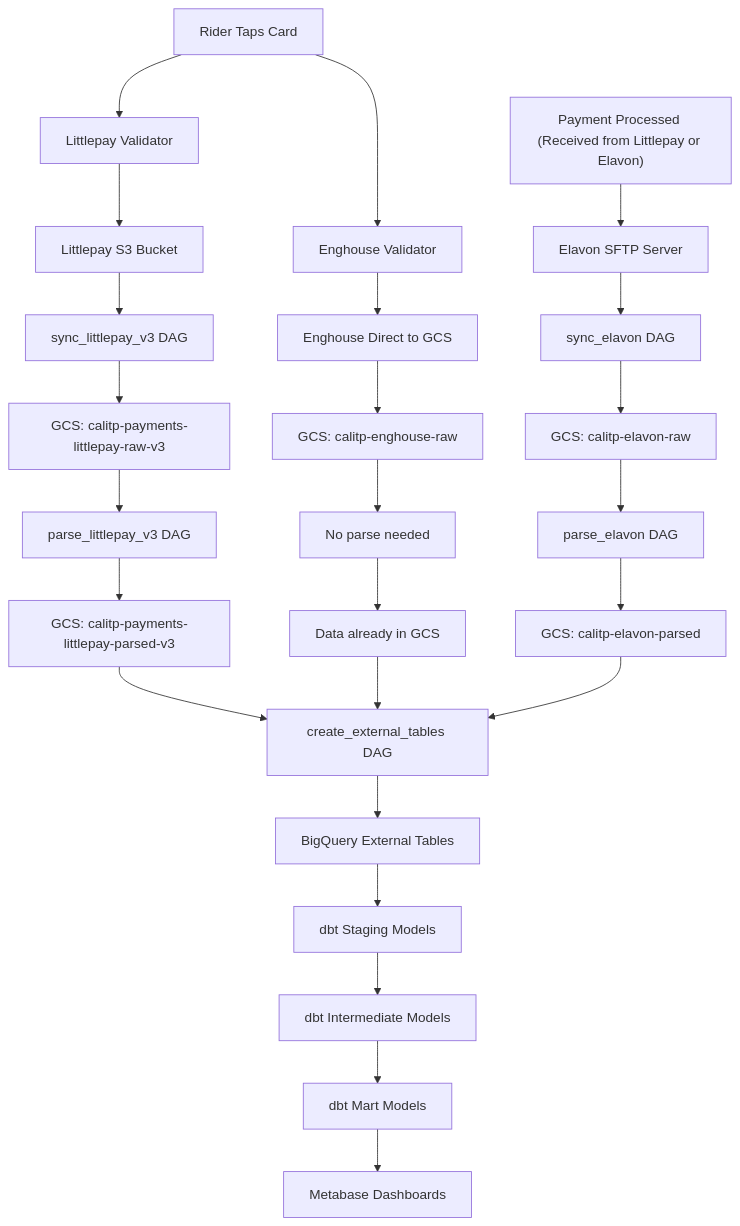
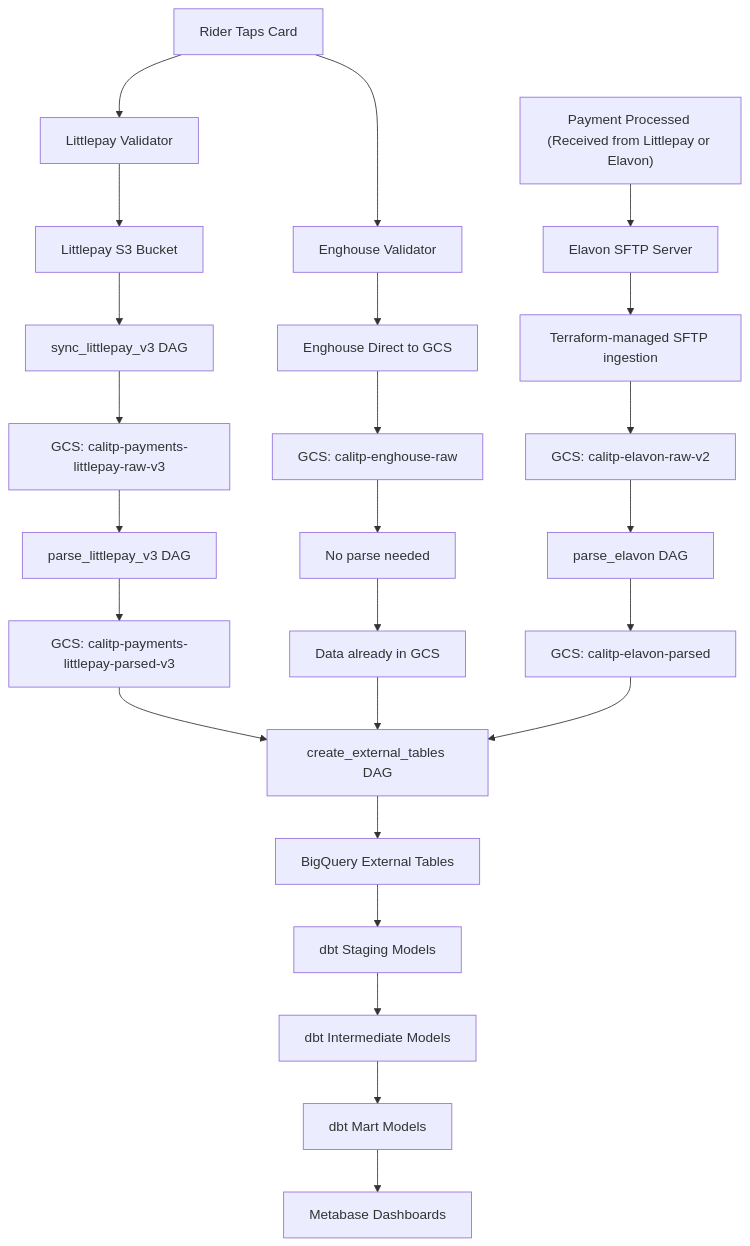
Before and after one commit to cal-itp/data-infra: the diagram in runbooks/workflow/payments/tutorials/02-understanding-data-flow.md, drawn with Mermaid. The commit also changed other lines of this file and 5 other files, not shown here.

First line of the commit message:
Remove leftover sync_elavon DAG metadata (#5822)

````diff
--- a/runbooks/workflow/payments/tutorials/02-understanding-data-flow.md
+++ b/runbooks/workflow/payments/tutorials/02-understanding-data-flow.md
@@ -13,33 +13,33 @@
 ```mermaid
 graph TB
     A[Rider Taps Card] --> B[Littlepay Validator]
     A --> B2[Enghouse Validator]
     B --> C[Littlepay S3 Bucket]
     B2 --> C2[Enghouse Direct to GCS]
     D["Payment Processed (Received from Littlepay or Elavon)"] --> E[Elavon SFTP Server]
 
     C --> F[sync_littlepay_v3 DAG]
     C2 --> H2[GCS: calitp-enghouse-raw]
-    E --> G[sync_elavon DAG]
+    E --> G[Terraform-managed SFTP ingestion]
 
     F --> H[GCS: calitp-payments-littlepay-raw-v3]
-    G --> I[GCS: calitp-elavon-raw]
+    G --> I[GCS: calitp-elavon-raw-v2]
 
     H --> J[parse_littlepay_v3 DAG]
     H2 --> J2[No parse needed]
     I --> K[parse_elavon DAG]
 
     J --> L[GCS: calitp-payments-littlepay-parsed-v3]
     J2 --> L2[Data already in GCS]
     K --> M[GCS: calitp-elavon-parsed]
 
     L --> N[create_external_tables DAG]
     L2 --> N
     M --> N
 
     N --> O[BigQuery External Tables]
     O --> P[dbt Staging Models]
     P --> Q[dbt Intermediate Models]
     Q --> R[dbt Mart Models]
     R --> S[Metabase Dashboards]
 ```
````
